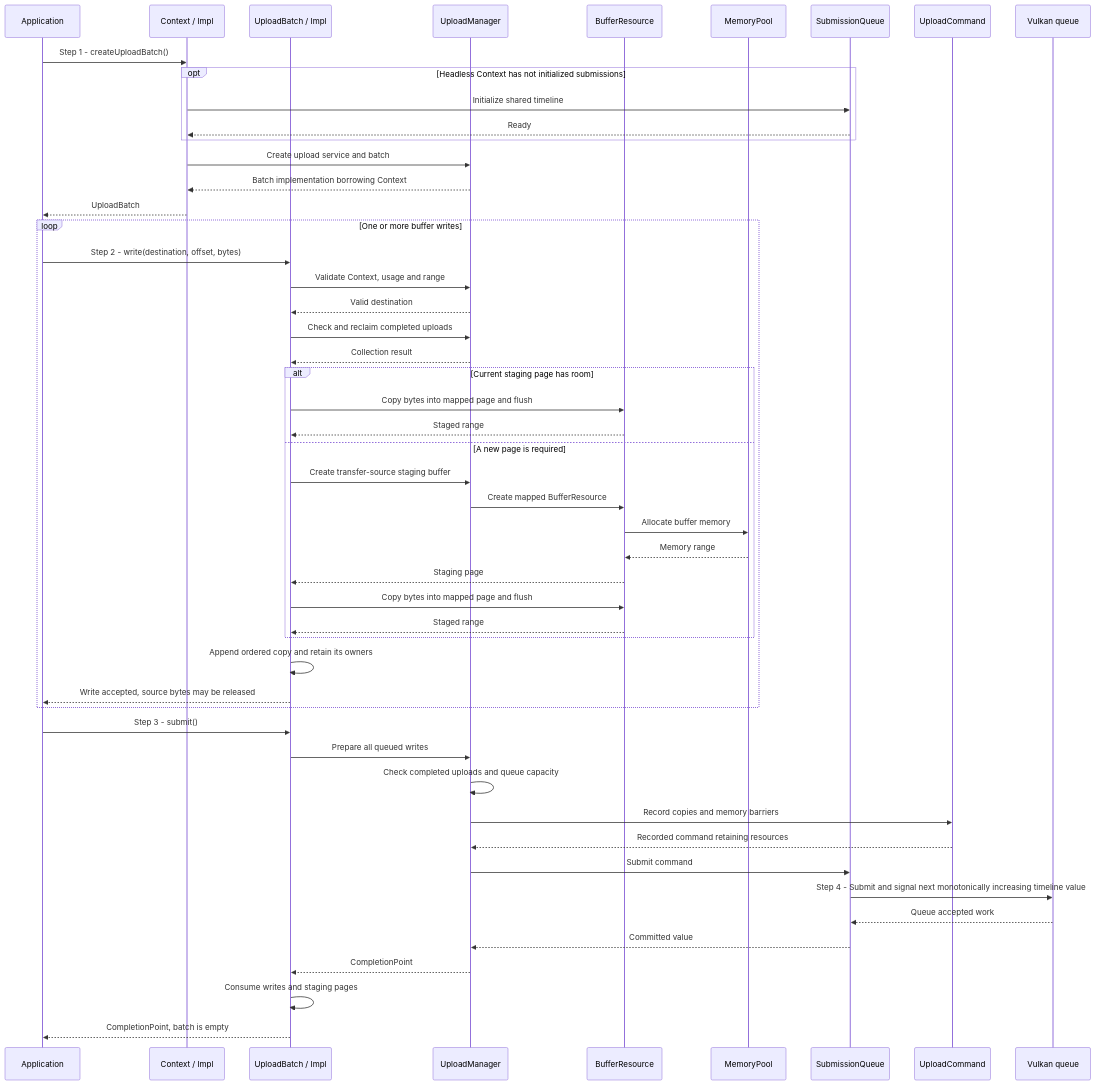
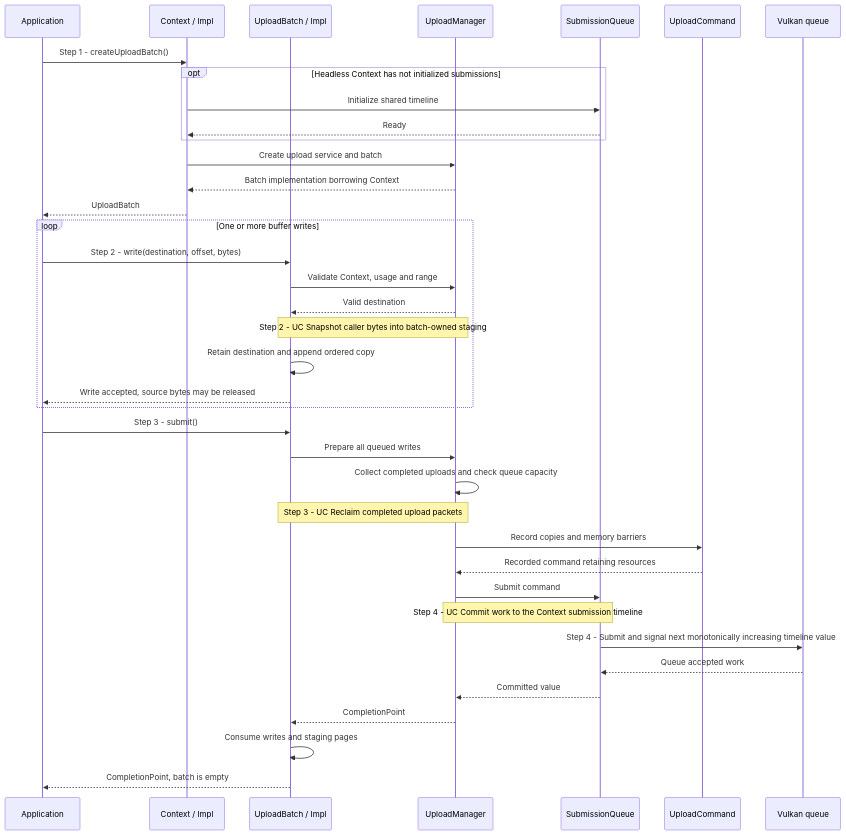
One commit to a-soltysik/Panda changed the diagram in docs/use-cases/upload-buffer.md. Above: the diagram before and after it, drawn with Mermaid. The commit also changed other lines of this file and 23 other files, not shown here.

Commit message:
Align use-case references and document shared upload flows (#82)

````diff
--- a/docs/use-cases/upload-buffer.md
+++ b/docs/use-cases/upload-buffer.md
@@ -48,53 +46,40 @@
 ```mermaid
 sequenceDiagram
     participant A as Application
     participant C as Context / Impl
     participant B as UploadBatch / Impl
     participant U as UploadManager
-    participant R as BufferResource
-    participant P as MemoryPool
     participant Q as SubmissionQueue
     participant K as UploadCommand
     participant V as Vulkan queue
     A->>C: Step 1 - createUploadBatch()
     opt Headless Context has not initialized submissions
         C->>Q: Initialize shared timeline
         Q-->>C: Ready
     end
     C->>U: Create upload service and batch
     U-->>C: Batch implementation borrowing Context
     C-->>A: UploadBatch
     loop One or more buffer writes
         A->>B: Step 2 - write(destination, offset, bytes)
         B->>U: Validate Context, usage and range
         U-->>B: Valid destination
-        B->>U: Check and reclaim completed uploads
-        U-->>B: Collection result
-        alt Current staging page has room
-            B->>R: Copy bytes into mapped page and flush
-            R-->>B: Staged range
-        else A new page is required
-            B->>U: Create transfer-source staging buffer
-            U->>R: Create mapped BufferResource
-            R->>P: Allocate buffer memory
-            P-->>R: Memory range
-            R-->>B: Staging page
-            B->>R: Copy bytes into mapped page and flush
-            R-->>B: Staged range
-        end
-        B->>B: Append ordered copy and retain its owners
+        Note over B,U: Step 2 - UC Snapshot caller bytes into batch-owned staging
+        B->>B: Retain destination and append ordered copy
         B-->>A: Write accepted, source bytes may be released
     end
     A->>B: Step 3 - submit()
     B->>U: Prepare all queued writes
-    U->>U: Check completed uploads and queue capacity
+    U->>U: Collect completed uploads and check queue capacity
+    Note over B,U: Step 3 - UC Reclaim completed upload packets
     U->>K: Record copies and memory barriers
     K-->>U: Recorded command retaining resources
     U->>Q: Submit command
+    Note over U,Q: Step 4 - UC Commit work to the Context submission timeline
     Q->>V: Step 4 - Submit and signal next monotonically increasing timeline value
     V-->>Q: Queue accepted work
     Q-->>U: Committed value
     U-->>B: CompletionPoint
     B->>B: Consume writes and staging pages
     B-->>A: CompletionPoint, batch is empty
 ```
````
